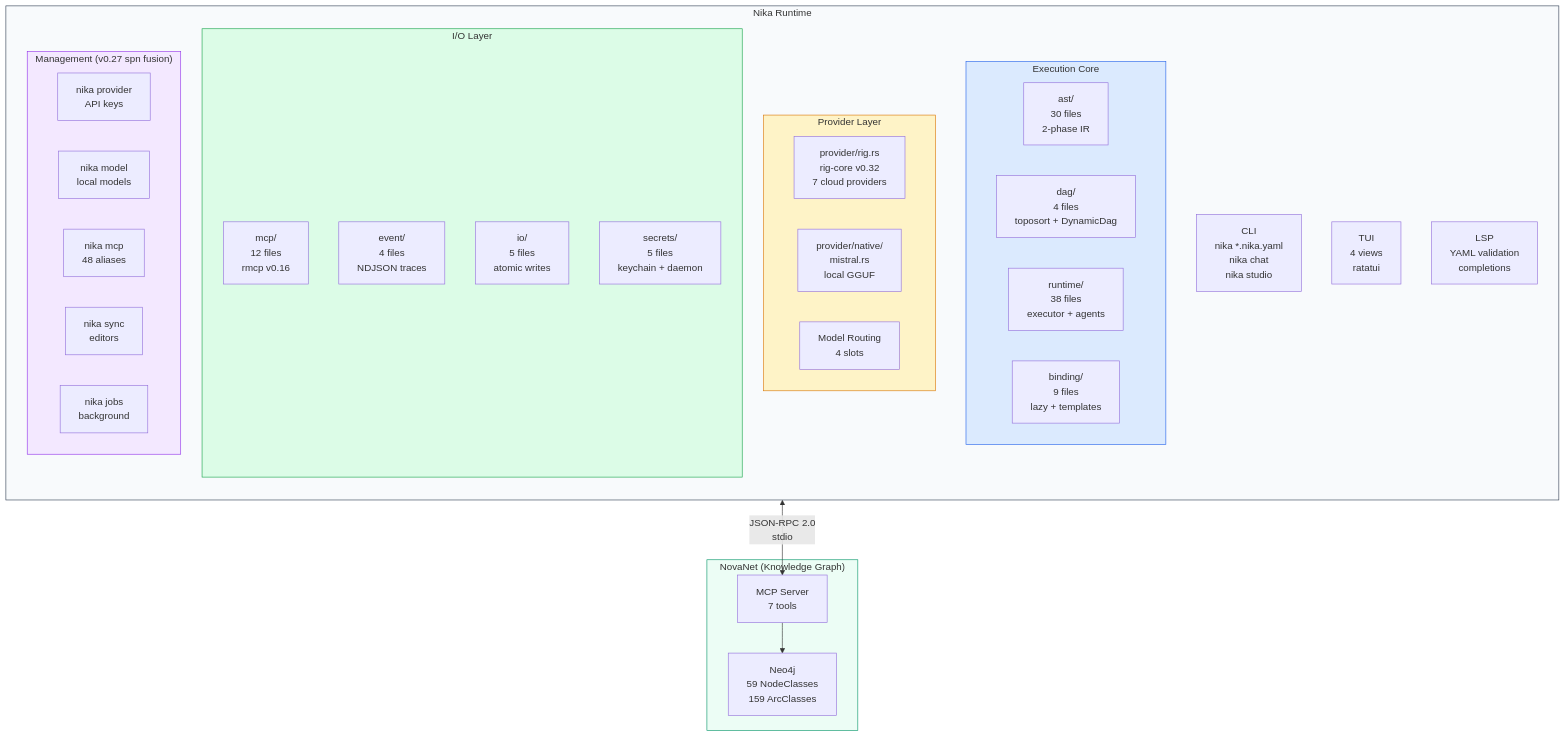
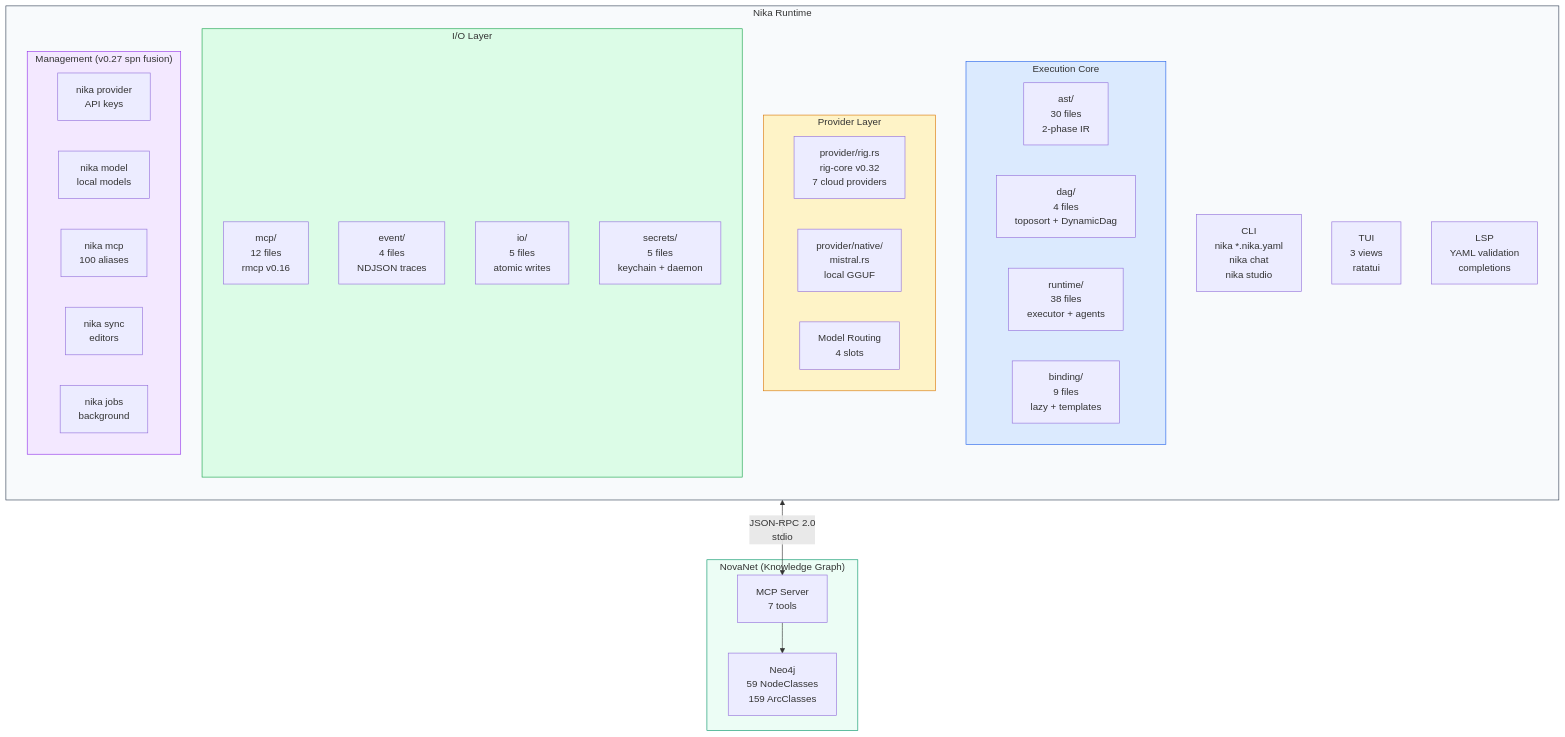
One commit to supernovae-st/nika changed diagram 11 of 32 in docs/vision/08-nika-reference.md. Above: the diagram before and after it, drawn with Mermaid. The commit also changed other lines of this file and 10 other files, not shown here.

````diff
--- a/docs/vision/08-nika-reference.md
+++ b/docs/vision/08-nika-reference.md
@@ -1223,52 +1223,52 @@
 ```mermaid
 flowchart TB
     subgraph NIKA["Nika Runtime"]
         direction TB
         CLI["CLI\nnika *.nika.yaml\nnika chat\nnika studio"]
-        TUI["TUI\n4 views\nratatui"]
+        TUI["TUI\n3 views\nratatui"]
         LSP_MOD["LSP\nYAML validation\ncompletions"]
 
         subgraph CORE_EXEC["Execution Core"]
             AST_MOD["ast/\n30 files\n2-phase IR"]
             DAG_MOD["dag/\n4 files\ntoposort + DynamicDag"]
             RUNTIME["runtime/\n38 files\nexecutor + agents"]
             BINDING["binding/\n9 files\nlazy + templates"]
         end
 
         subgraph PROVIDERS["Provider Layer"]
             RIG["provider/rig.rs\nrig-core v0.32\n7 cloud providers"]
             NATIVE["provider/native/\nmistral.rs\nlocal GGUF"]
             SLOTS["Model Routing\n4 slots"]
         end
 
         subgraph IO_LAYER["I/O Layer"]
             MCP_CLIENT["mcp/\n12 files\nrmcp v0.16"]
             EVENT["event/\n4 files\nNDJSON traces"]
             ARTIFACT["io/\n5 files\natomic writes"]
             SECRETS["secrets/\n5 files\nkeychain + daemon"]
         end
 
         subgraph MGMT["Management (v0.27 spn fusion)"]
             PROV_CMD["nika provider\nAPI keys"]
             MODEL_CMD["nika model\nlocal models"]
-            MCP_CMD["nika mcp\n48 aliases"]
+            MCP_CMD["nika mcp\n100 aliases"]
             SYNC_CMD["nika sync\neditors"]
             JOBS_CMD["nika jobs\nbackground"]
         end
     end
 
     subgraph NOVANET["NovaNet (Knowledge Graph)"]
         NEO4J["Neo4j\n59 NodeClasses\n159 ArcClasses"]
         MCP_SRV["MCP Server\n7 tools"]
     end
 
     MCP_CLIENT <-->|"JSON-RPC 2.0\nstdio"| MCP_SRV
     MCP_SRV --> NEO4J
 
     style NIKA fill:#f8fafc,stroke:#334155
     style CORE_EXEC fill:#dbeafe,stroke:#2563eb
     style PROVIDERS fill:#fef3c7,stroke:#d97706
     style IO_LAYER fill:#dcfce7,stroke:#16a34a
     style MGMT fill:#f3e8ff,stroke:#9333ea
     style NOVANET fill:#ecfdf5,stroke:#059669
 ```
````
